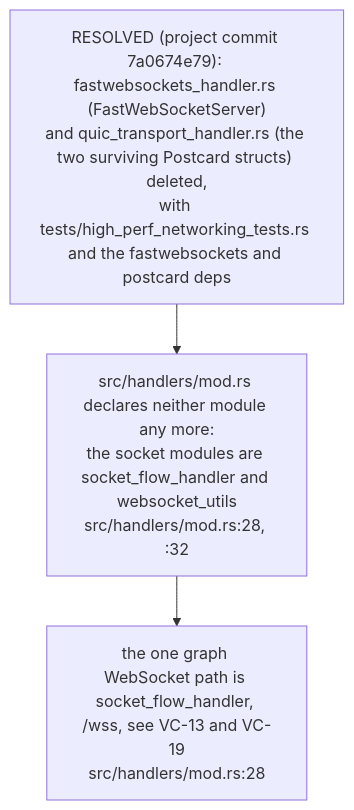
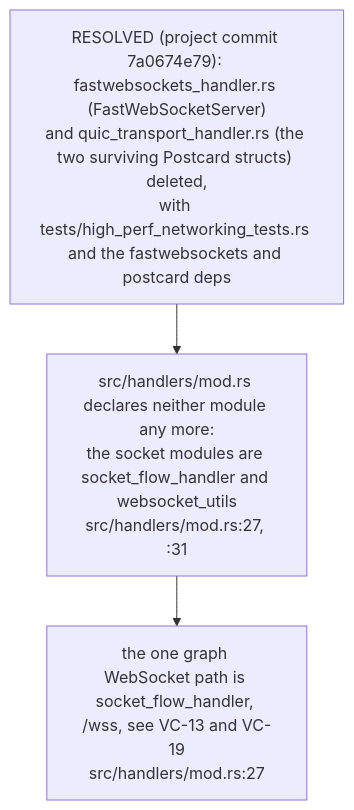
Before and after one commit to DreamLab-AI/VisionFlow: diagram 24 of 24 in docs/diagrams/visionclaw/04-handlers-graph-and-state.md, drawn with Mermaid. The commit also changed other lines of this file and 7 other files, not shown here.

````diff
--- a/docs/diagrams/visionclaw/04-handlers-graph-and-state.md
+++ b/docs/diagrams/visionclaw/04-handlers-graph-and-state.md
@@ -1180,7 +1185,7 @@
 ```mermaid
 flowchart TB
     DEL["RESOLVED (project commit 7a0674e79): fastwebsockets_handler.rs (FastWebSocketServer)<br/>and quic_transport_handler.rs (the two surviving Postcard structs) deleted,<br/>with tests/high_perf_networking_tests.rs and the fastwebsockets and postcard deps"]
-    MOD["src/handlers/mod.rs declares neither module any more:<br/>the socket modules are socket_flow_handler and websocket_utils<br/>src/handlers/mod.rs:28, :32"]
-    WSS["the one graph WebSocket path is socket_flow_handler, /wss, see VC-13 and VC-19<br/>src/handlers/mod.rs:28"]
+    MOD["src/handlers/mod.rs declares neither module any more:<br/>the socket modules are socket_flow_handler and websocket_utils<br/>src/handlers/mod.rs:27, :31"]
+    WSS["the one graph WebSocket path is socket_flow_handler, /wss, see VC-13 and VC-19<br/>src/handlers/mod.rs:27"]
     DEL --> MOD --> WSS
 ```
````
